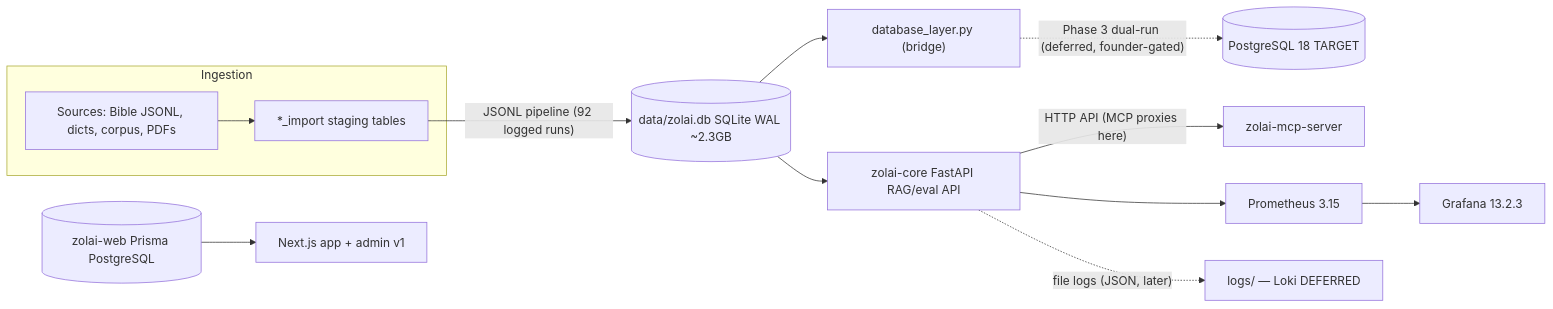
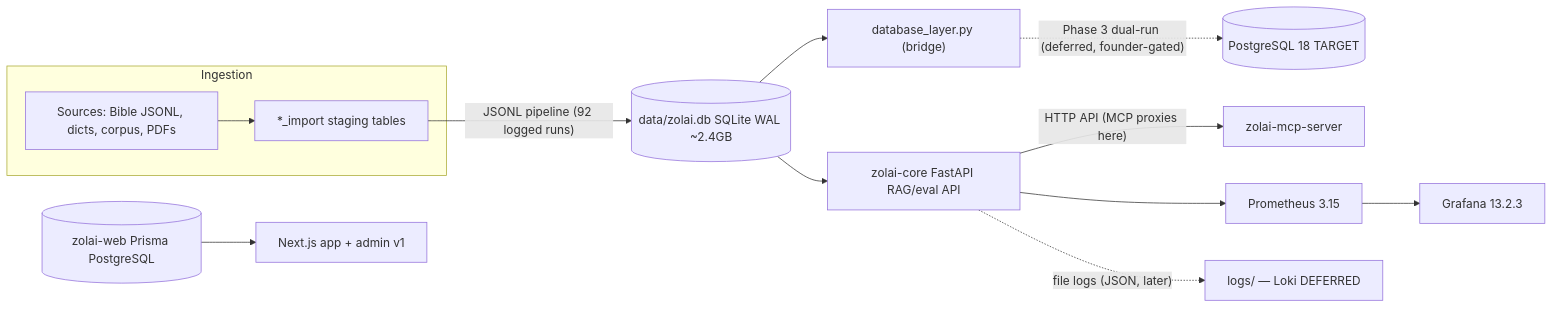
One commit to Zolai-AI/.github changed the diagram in docs/architecture/current-state.md. Above: the diagram before and after it, drawn with Mermaid. The commit also changed other lines of this file and 8 other files, not shown here.

````diff
--- a/docs/architecture/current-state.md
+++ b/docs/architecture/current-state.md
@@ -94,14 +94,14 @@
 ```mermaid
 flowchart LR
   subgraph Ingestion
     S[Sources: Bible JSONL, dicts, corpus, PDFs] --> IMP["*_import staging tables"]
   end
-  IMP -->|"JSONL pipeline (92 logged runs)"| CAN[(data/zolai.db SQLite WAL ~2.3GB)]
+  IMP -->|"JSONL pipeline (92 logged runs)"| CAN[(data/zolai.db SQLite WAL ~2.4GB)]
   CAN --> BR["database_layer.py (bridge)"]
   BR -.->|"Phase 3 dual-run (deferred, founder-gated)"| PG[("PostgreSQL 18 TARGET")]
   CAN --> CORE[zolai-core FastAPI RAG/eval API]
   WEB[(zolai-web Prisma PostgreSQL)] --> NX[Next.js app + admin v1]
   CORE -- "HTTP API (MCP proxies here)" --> MCP[zolai-mcp-server]
   CORE --> PROM[Prometheus 3.15] --> GF[Grafana 13.2.3]
   CORE -.->|"file logs (JSON, later)"| LOGL[logs/ — Loki DEFERRED]
 ```
````
